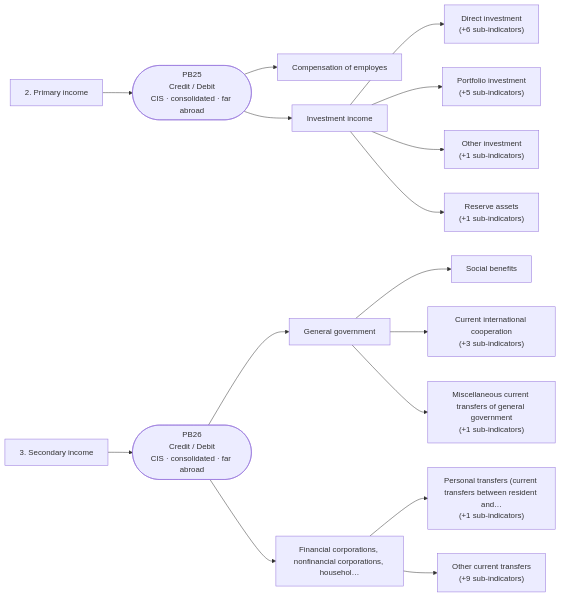
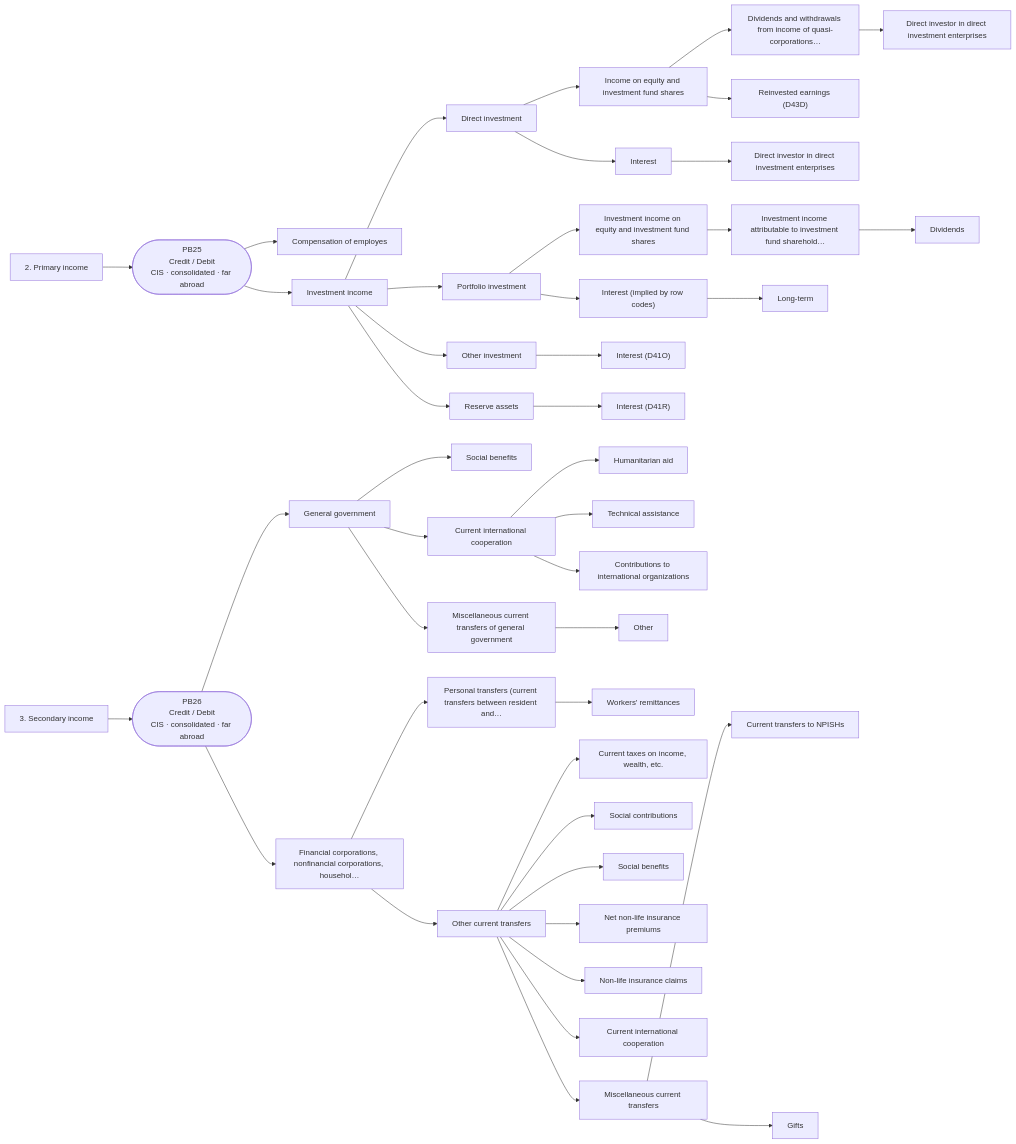
One commit to firdavsKh/AgentCursor changed the fifth of 36 diagrams in pb_leaf_indicators.md. Above: the diagram before and after it, drawn with Mermaid. The commit also changed other lines of this file and 1 other file, not shown here.

Commit message:
Show all sub-indicators in the leaf indicator trees

````diff
--- a/pb_leaf_indicators.md
+++ b/pb_leaf_indicators.md
@@ -256,29 +642,83 @@
   pb25 --> pb25_1
   pb25_2["Investment income"]
   pb25 --> pb25_2
-  pb25_2_3["Direct investment<br/>(+6 sub-indicators)"]
+  pb25_2_3["Direct investment"]
   pb25_2 --> pb25_2_3
-  pb25_2_4["Portfolio investment<br/>(+5 sub-indicators)"]
-  pb25_2 --> pb25_2_4
-  pb25_2_5["Other investment<br/>(+1 sub-indicators)"]
-  pb25_2 --> pb25_2_5
-  pb25_2_6["Reserve assets<br/>(+1 sub-indicators)"]
-  pb25_2 --> pb25_2_6
+  pb25_2_3_4["Income on equity and investment fund shares"]
+  pb25_2_3 --> pb25_2_3_4
+  pb25_2_3_4_5["Dividends and withdrawals from income of quasi-corporations…"]
+  pb25_2_3_4 --> pb25_2_3_4_5
+  pb25_2_3_4_5_6["Direct investor in direct investment enterprises"]
+  pb25_2_3_4_5 --> pb25_2_3_4_5_6
+  pb25_2_3_4_7["Reinvested earnings (D43D)"]
+  pb25_2_3_4 --> pb25_2_3_4_7
+  pb25_2_3_8["Interest"]
+  pb25_2_3 --> pb25_2_3_8
+  pb25_2_3_8_9["Direct investor in direct investment enterprises"]
+  pb25_2_3_8 --> pb25_2_3_8_9
+  pb25_2_10["Portfolio investment"]
+  pb25_2 --> pb25_2_10
+  pb25_2_10_11["Investment income on equity and investment fund shares"]
+  pb25_2_10 --> pb25_2_10_11
+  pb25_2_10_11_12["Investment income attributable to investment fund sharehold…"]
+  pb25_2_10_11 --> pb25_2_10_11_12
+  pb25_2_10_11_12_13["Dividends"]
+  pb25_2_10_11_12 --> pb25_2_10_11_12_13
+  pb25_2_10_14["Interest (implied by row codes)"]
+  pb25_2_10 --> pb25_2_10_14
+  pb25_2_10_14_15["Long-term"]
+  pb25_2_10_14 --> pb25_2_10_14_15
+  pb25_2_16["Other investment"]
+  pb25_2 --> pb25_2_16
+  pb25_2_16_17["Interest (D41O)"]
+  pb25_2_16 --> pb25_2_16_17
+  pb25_2_18["Reserve assets"]
+  pb25_2 --> pb25_2_18
+  pb25_2_18_19["Interest (D41R)"]
+  pb25_2_18 --> pb25_2_18_19
   si["3. Secondary income"]
   pb26(["PB26<br/>Credit / Debit<br/>CIS · consolidated · far abroad"])
   si --> pb26
-  pb26_7["General government"]
-  pb26 --> pb26_7
-  pb26_7_8["Social benefits"]
-  pb26_7 --> pb26_7_8
-  pb26_7_9["Current international cooperation<br/>(+3 sub-indicators)"]
-  pb26_7 --> pb26_7_9
-  pb26_7_10["Miscellaneous current transfers of general government<br/>(+1 sub-indicators)"]
-  pb26_7 --> pb26_7_10
-  pb26_11["Financial corporations, nonfinancial corporations, househol…"]
-  pb26 --> pb26_11
-  pb26_11_12["Personal transfers (current transfers between resident and…<br/>(+1 sub-indicators)"]
-  pb26_11 --> pb26_11_12
-  pb26_11_13["Other current transfers<br/>(+9 sub-indicators)"]
-  pb26_11 --> pb26_11_13
+  pb26_20["General government"]
+  pb26 --> pb26_20
+  pb26_20_21["Social benefits"]
+  pb26_20 --> pb26_20_21
+  pb26_20_22["Current international cooperation"]
+  pb26_20 --> pb26_20_22
+  pb26_20_22_23["Humanitarian aid"]
+  pb26_20_22 --> pb26_20_22_23
+  pb26_20_22_24["Technical assistance"]
+  pb26_20_22 --> pb26_20_22_24
+  pb26_20_22_25["Contributions to international organizations"]
+  pb26_20_22 --> pb26_20_22_25
+  pb26_20_26["Miscellaneous current transfers of general government"]
+  pb26_20 --> pb26_20_26
+  pb26_20_26_27["Other"]
+  pb26_20_26 --> pb26_20_26_27
+  pb26_28["Financial corporations, nonfinancial corporations, househol…"]
+  pb26 --> pb26_28
+  pb26_28_29["Personal transfers (current transfers between resident and…"]
+  pb26_28 --> pb26_28_29
+  pb26_28_29_30["Workers' remittances"]
+  pb26_28_29 --> pb26_28_29_30
+  pb26_28_31["Other current transfers"]
+  pb26_28 --> pb26_28_31
+  pb26_28_31_32["Current taxes on income, wealth, etc."]
+  pb26_28_31 --> pb26_28_31_32
+  pb26_28_31_33["Social contributions"]
+  pb26_28_31 --> pb26_28_31_33
+  pb26_28_31_34["Social benefits"]
+  pb26_28_31 --> pb26_28_31_34
+  pb26_28_31_35["Net non-life insurance premiums"]
+  pb26_28_31 --> pb26_28_31_35
+  pb26_28_31_36["Non-life insurance claims"]
+  pb26_28_31 --> pb26_28_31_36
+  pb26_28_31_37["Current international cooperation"]
+  pb26_28_31 --> pb26_28_31_37
+  pb26_28_31_38["Miscellaneous current transfers"]
+  pb26_28_31 --> pb26_28_31_38
+  pb26_28_31_38_39["Current transfers to NPISHs"]
+  pb26_28_31_38 --> pb26_28_31_38_39
+  pb26_28_31_38_40["Gifts"]
+  pb26_28_31_38 --> pb26_28_31_38_40
 ```
````
